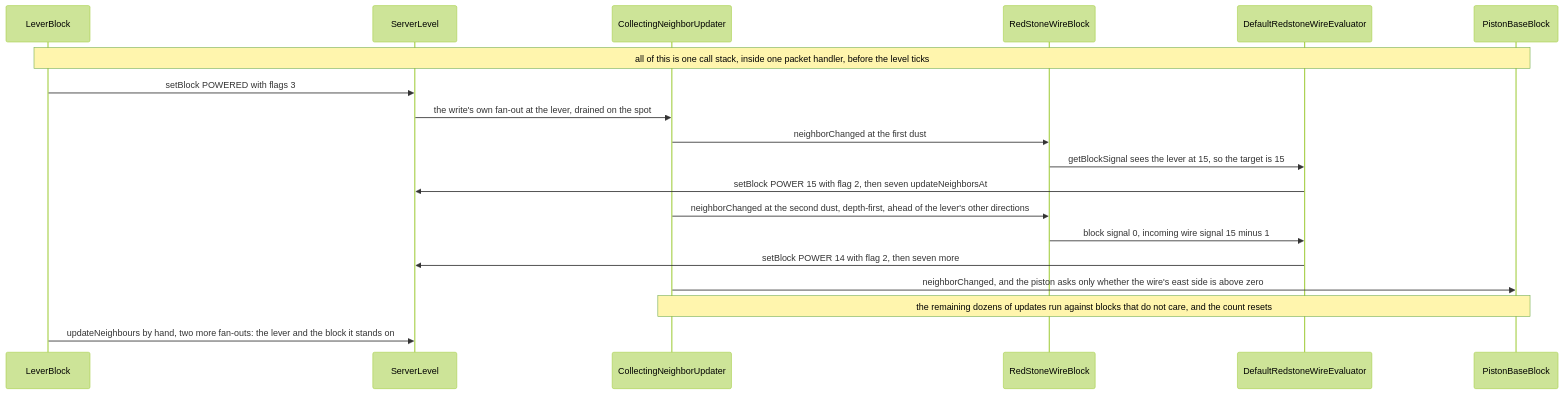
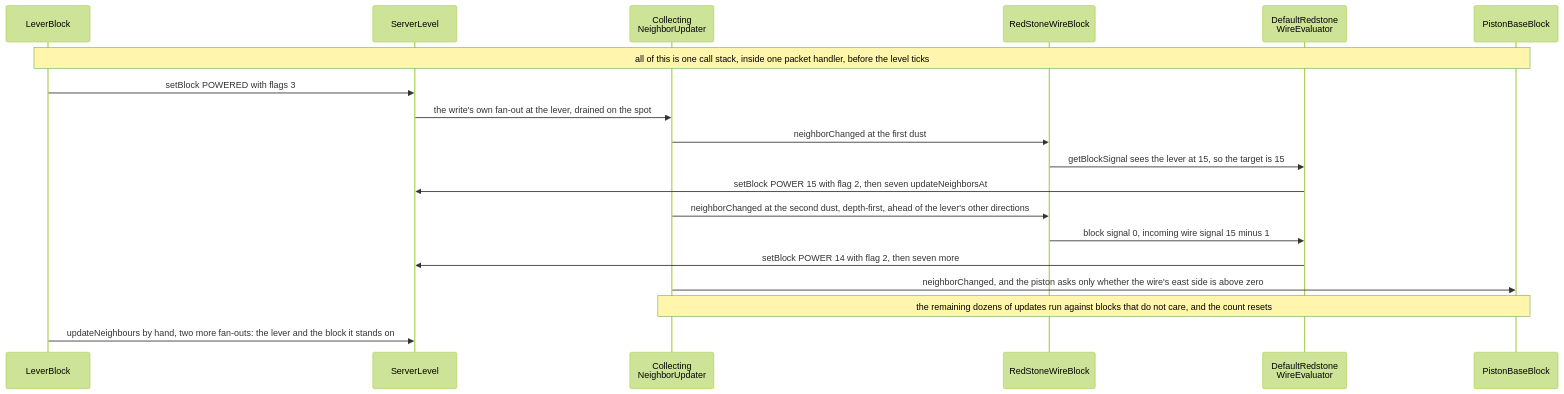
Before and after one commit to AlexanderjFraser/MinecraftDocs: the second of 2 diagrams in src/systems/blocks/signal-and-dust.md, drawn with Mermaid (forest theme). The commit also changed 68 other files, not shown here.

````diff
--- a/src/systems/blocks/signal-and-dust.md
+++ b/src/systems/blocks/signal-and-dust.md
@@ -215,21 +215,21 @@
 ```mermaid
 sequenceDiagram
     participant LevB as LeverBlock
     participant SL as ServerLevel
-    participant CNU as CollectingNeighborUpdater
+    participant CNU as Collecting<br/>NeighborUpdater
     participant RSWB as RedStoneWireBlock
-    participant DRWE as DefaultRedstoneWireEvaluator
+    participant DRWE as DefaultRedstone<br/>WireEvaluator
     participant PBB as PistonBaseBlock
     Note over LevB,PBB: all of this is one call stack, inside one packet handler, before the level ticks
     LevB->>SL: setBlock POWERED with flags 3
     SL->>CNU: the write's own fan-out at the lever, drained on the spot
     CNU->>RSWB: neighborChanged at the first dust
     RSWB->>DRWE: getBlockSignal sees the lever at 15, so the target is 15
     DRWE->>SL: setBlock POWER 15 with flag 2, then seven updateNeighborsAt
     CNU->>RSWB: neighborChanged at the second dust, depth-first, ahead of the lever's other directions
     RSWB->>DRWE: block signal 0, incoming wire signal 15 minus 1
     DRWE->>SL: setBlock POWER 14 with flag 2, then seven more
     CNU->>PBB: neighborChanged, and the piston asks only whether the wire's east side is above zero
     Note over CNU,PBB: the remaining dozens of updates run against blocks that do not care, and the count resets
     LevB->>SL: updateNeighbours by hand, two more fan-outs: the lever and the block it stands on
 ```
````
